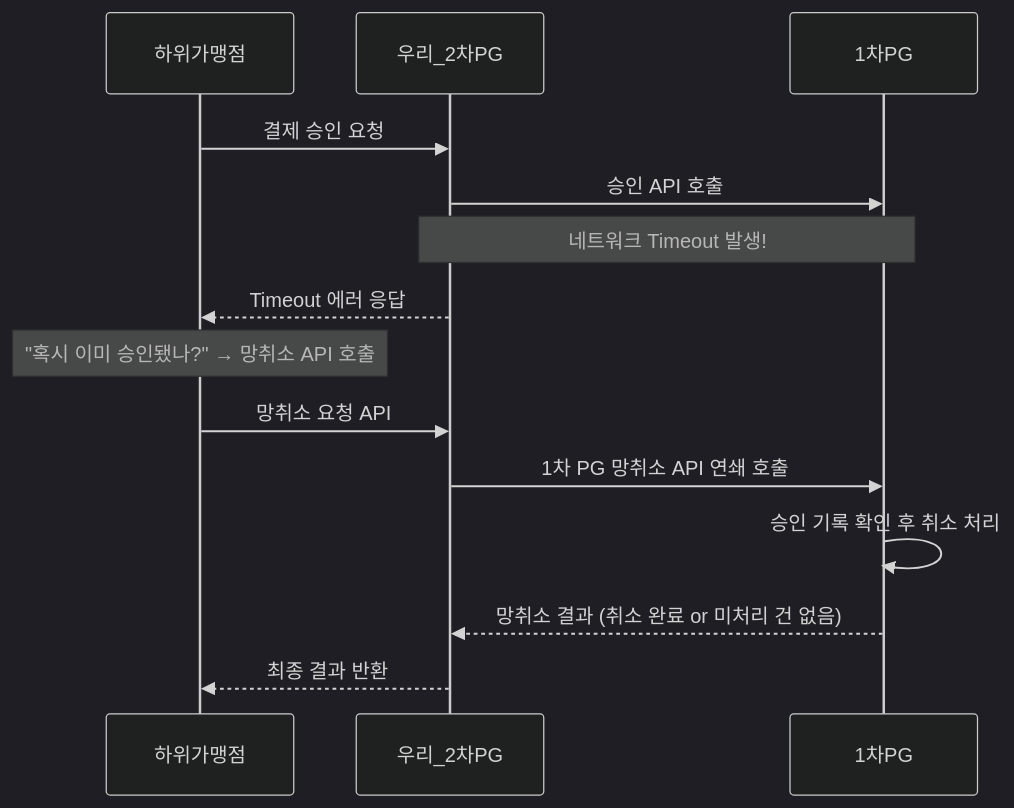
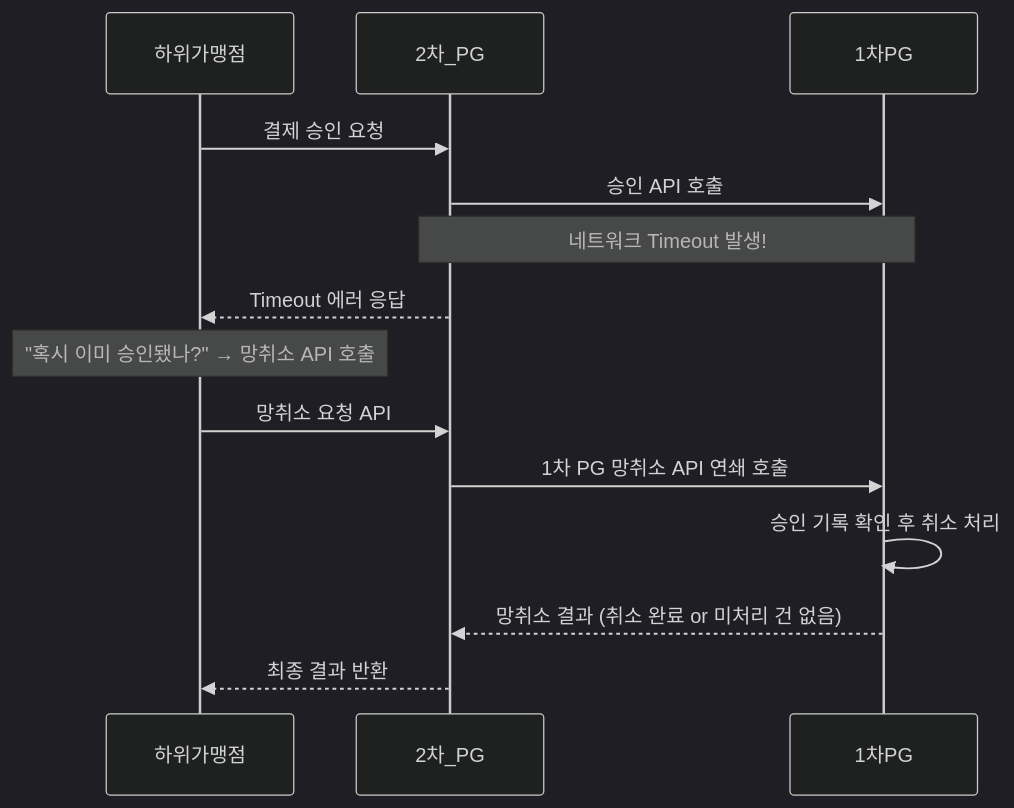
Diagram 14 of 25 in content/AI 도구/PG 교육자료/[AI] 2차 PG 백엔드 개발자 교육 문서 - 핵심 개념 및 특징 정리.md (sweetpark/sweetpark.github.io), drawn with Mermaid (dark theme) before and after one commit. The commit also changed other lines of this file and 40 other files, not shown here.

````diff
--- a/content/AI 도구/PG 교육자료/[AI] 2차 PG 백엔드 개발자 교육 문서 - 핵심 개념 및 특징 정리.md
+++ b/content/AI 도구/PG 교육자료/[AI] 2차 PG 백엔드 개발자 교육 문서 - 핵심 개념 및 특징 정리.md
@@ -739,19 +739,19 @@
 ```mermaid
 sequenceDiagram
     participant 하위가맹점
-    participant 우리_2차PG
+    participant 2차_PG
     participant 1차PG
 
-    하위가맹점->>우리_2차PG: 결제 승인 요청
-    우리_2차PG->>1차PG: 승인 API 호출
-    Note over 우리_2차PG,1차PG: 네트워크 Timeout 발생!
-    우리_2차PG-->>하위가맹점: Timeout 에러 응답
+    하위가맹점->>2차_PG: 결제 승인 요청
+    2차_PG->>1차PG: 승인 API 호출
+    Note over 2차_PG,1차PG: 네트워크 Timeout 발생!
+    2차_PG-->>하위가맹점: Timeout 에러 응답
 
     Note over 하위가맹점: "혹시 이미 승인됐나?" → 망취소 API 호출
 
-    하위가맹점->>우리_2차PG: 망취소 요청 API
-    우리_2차PG->>1차PG: 1차 PG 망취소 API 연쇄 호출
+    하위가맹점->>2차_PG: 망취소 요청 API
+    2차_PG->>1차PG: 1차 PG 망취소 API 연쇄 호출
     1차PG->>1차PG: 승인 기록 확인 후 취소 처리
-    1차PG-->>우리_2차PG: 망취소 결과 (취소 완료 or 미처리 건 없음)
-    우리_2차PG-->>하위가맹점: 최종 결과 반환
+    1차PG-->>2차_PG: 망취소 결과 (취소 완료 or 미처리 건 없음)
+    2차_PG-->>하위가맹점: 최종 결과 반환
 ```
````
